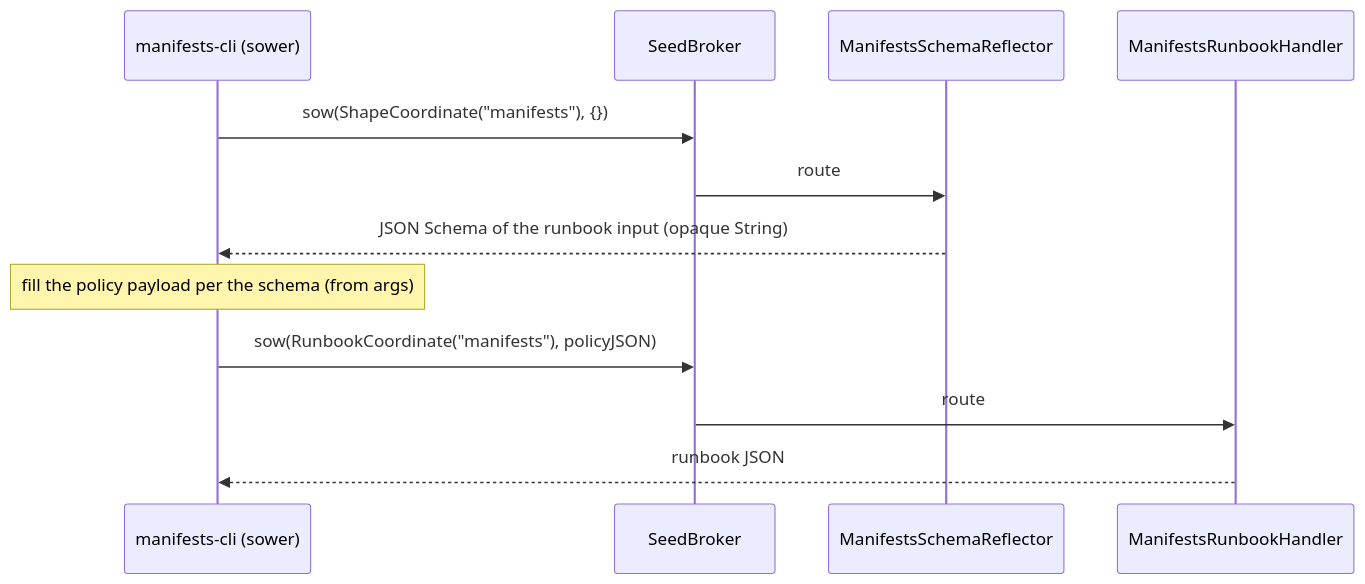
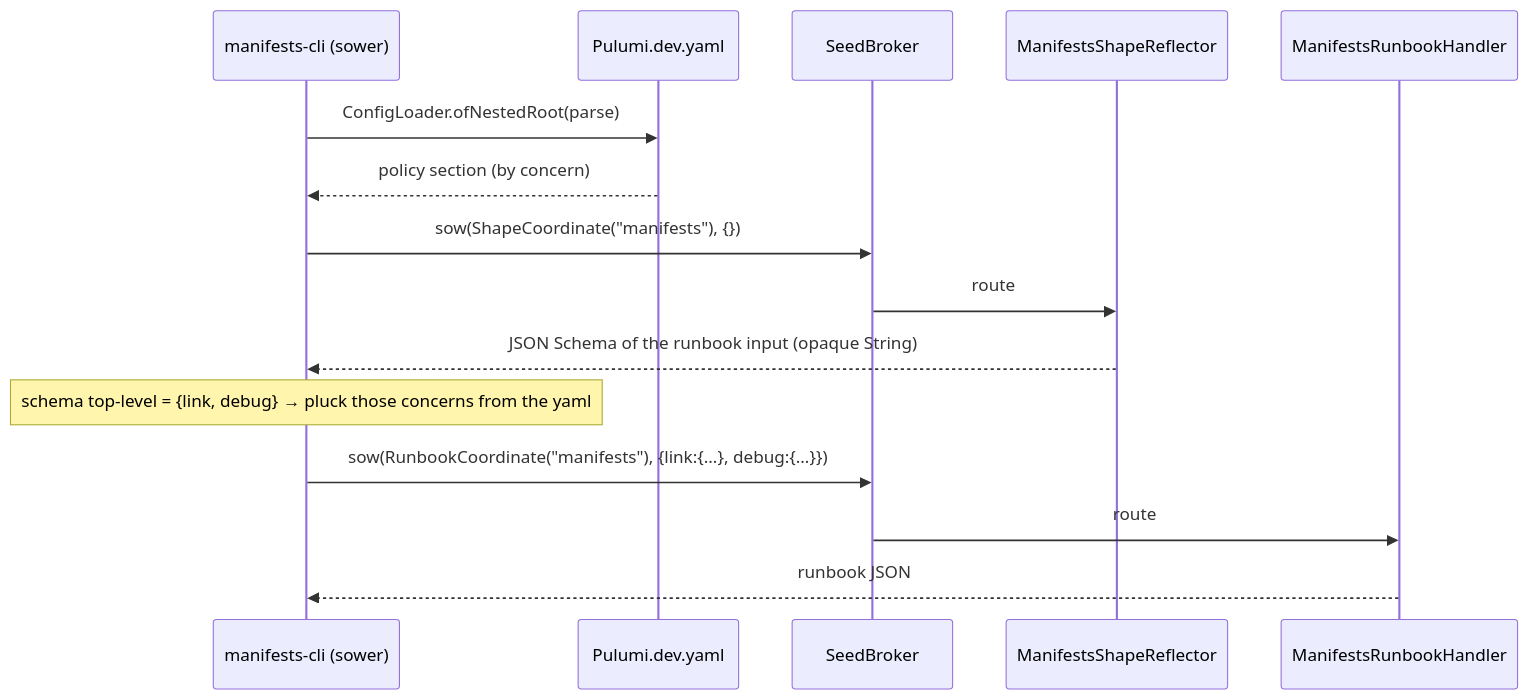
The third of 3 diagrams in docs/architecture/osgi/manifests-bdd-spec.adoc (nxmatic/rke2lab), drawn with Mermaid before and after one commit. The commit also changed other lines of this file and 1 other file, not shown here.

First line of the commit message:
docs(specs): one file + shape-carved facet; the policy is orphaned live logic

```diff
--- a/docs/architecture/osgi/manifests-bdd-spec.adoc
+++ b/docs/architecture/osgi/manifests-bdd-spec.adoc
@@ -302,15 +353,18 @@
 [mermaid]
 ----
 sequenceDiagram
   participant CLI as manifests-cli (sower)
+  participant Y as Pulumi.dev.yaml
   participant B as SeedBroker
-  participant SH as ManifestsSchemaReflector
+  participant SH as ManifestsShapeReflector
   participant RH as ManifestsRunbookHandler
+  CLI->>Y: ConfigLoader.ofNestedRoot(parse)
+  Y-->>CLI: policy section (by concern)
   CLI->>B: sow(ShapeCoordinate("manifests"), {})
   B->>SH: route
   SH-->>CLI: JSON Schema of the runbook input (opaque String)
-  Note over CLI: fill the policy payload per the schema (from args)
-  CLI->>B: sow(RunbookCoordinate("manifests"), policyJSON)
+  Note over CLI: schema top-level = {link, debug} → pluck those concerns from the yaml
+  CLI->>B: sow(RunbookCoordinate("manifests"), {link:{…}, debug:{…}})
   B->>RH: route
   RH-->>CLI: runbook JSON
 ----
```
